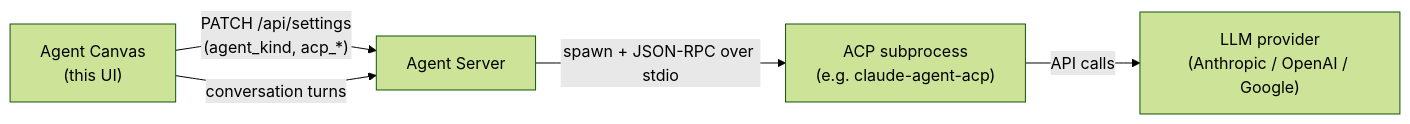
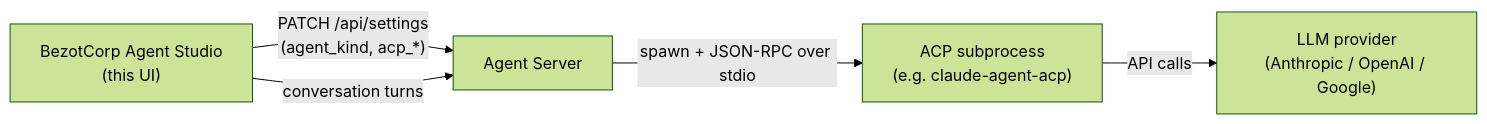
One commit to BezotCorp/bezotcorp-studio changed the diagram in agent-studio/docs/ACP_AGENTS.md. Above: the diagram before and after it, drawn with Mermaid (forest theme). The commit also changed other lines of this file and 87 other files, not shown here.

Commit message:
chore: rebrand workspace as BezotCorp Studio

````diff
--- a/agent-studio/docs/ACP_AGENTS.md
+++ b/agent-studio/docs/ACP_AGENTS.md
@@ -17,11 +17,11 @@
 ```mermaid
 flowchart LR
-    canvas["Agent Canvas<br/>(this UI)"]
+    canvas["BezotCorp Agent Studio<br/>(this UI)"]
     server["Agent Server"]
     acp["ACP subprocess<br/>(e.g. claude-agent-acp)"]
     llm["LLM provider<br/>(Anthropic / OpenAI / Google)"]
     canvas -- "PATCH /api/settings<br/>(agent_kind, acp_*)" --> server
     canvas -- "conversation turns" --> server
     server -- "spawn + JSON-RPC over stdio" --> acp
     acp -- "API calls" --> llm
 ```
````
